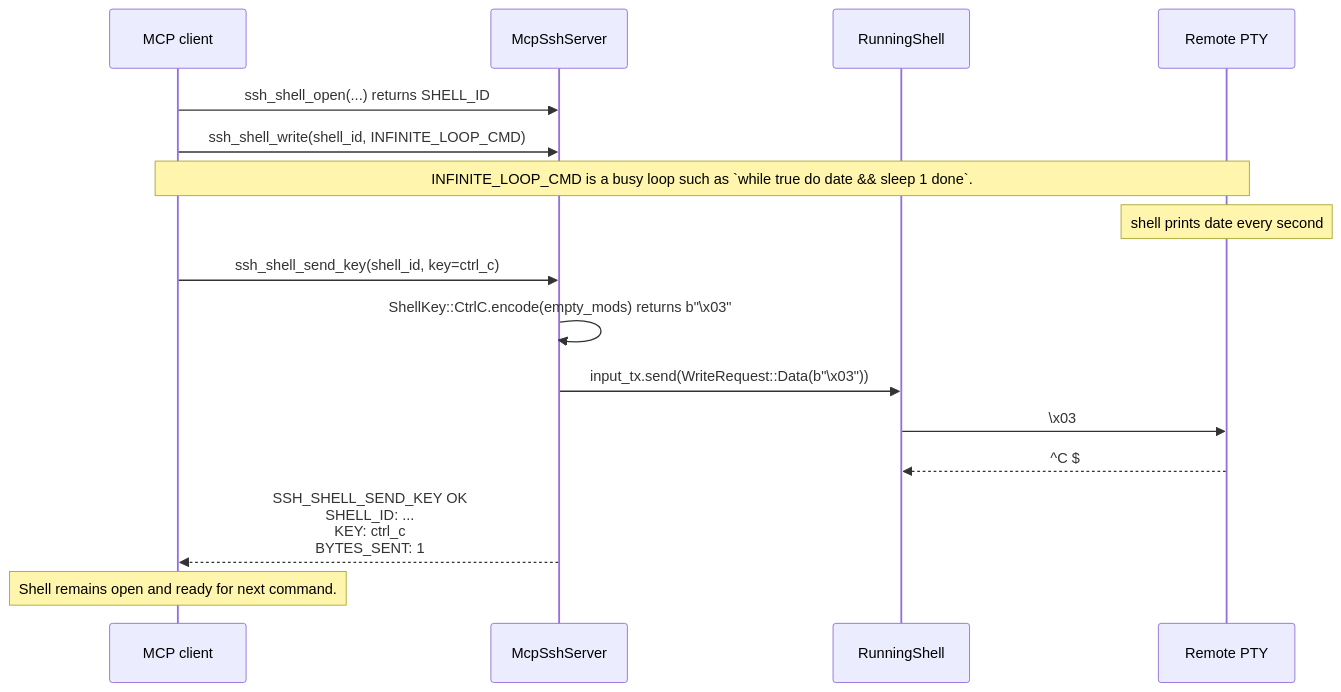
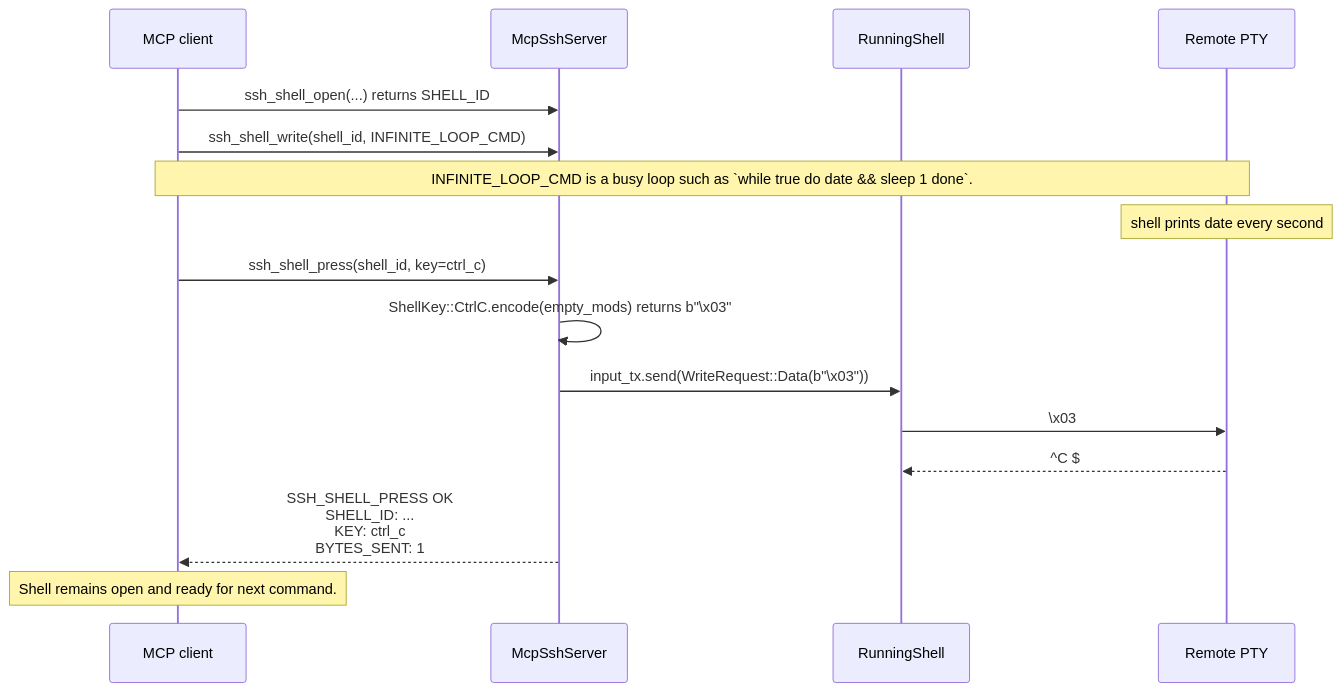
One commit to farchanjo/ssh-mcp changed the seventh of 10 diagrams in docs/DEVELOPMENT.md. Above: the diagram before and after it, drawn with Mermaid. The commit also changed other lines of this file and 61 other files, not shown here.

````diff
--- a/docs/DEVELOPMENT.md
+++ b/docs/DEVELOPMENT.md
@@ -633,22 +633,22 @@
 ```mermaid
 sequenceDiagram
     participant Client as MCP client
     participant Server as McpSshServer
     participant Shell as RunningShell
     participant Remote as Remote PTY
 
     Client->>Server: ssh_shell_open(...) returns SHELL_ID
     Client->>Server: ssh_shell_write(shell_id, INFINITE_LOOP_CMD)
     Note over Client,Remote: INFINITE_LOOP_CMD is a busy loop such as `while true do date && sleep 1 done`.
 
     Note over Remote: shell prints date every second
 
-    Client->>Server: ssh_shell_send_key(shell_id, key=ctrl_c)
+    Client->>Server: ssh_shell_press(shell_id, key=ctrl_c)
     Server->>Server: ShellKey::CtrlC.encode(empty_mods) returns b"\x03"
     Server->>Shell: input_tx.send(WriteRequest::Data(b"\x03"))
     Shell->>Remote: \x03
     Remote-->>Shell: ^C $
-    Server-->>Client: SSH_SHELL_SEND_KEY OK<br/>SHELL_ID: ...<br/>KEY: ctrl_c<br/>BYTES_SENT: 1
+    Server-->>Client: SSH_SHELL_PRESS OK<br/>SHELL_ID: ...<br/>KEY: ctrl_c<br/>BYTES_SENT: 1
 
     Note over Client: Shell remains open and ready for next command.
 ```
````
